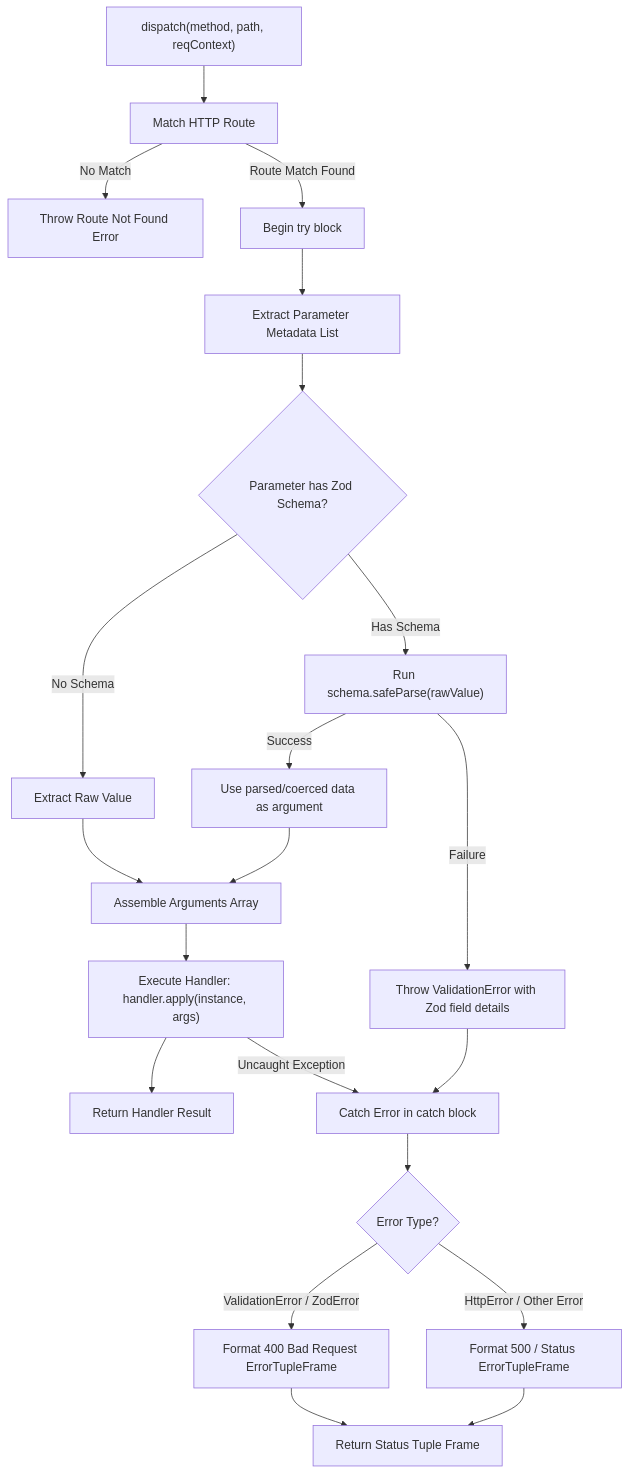
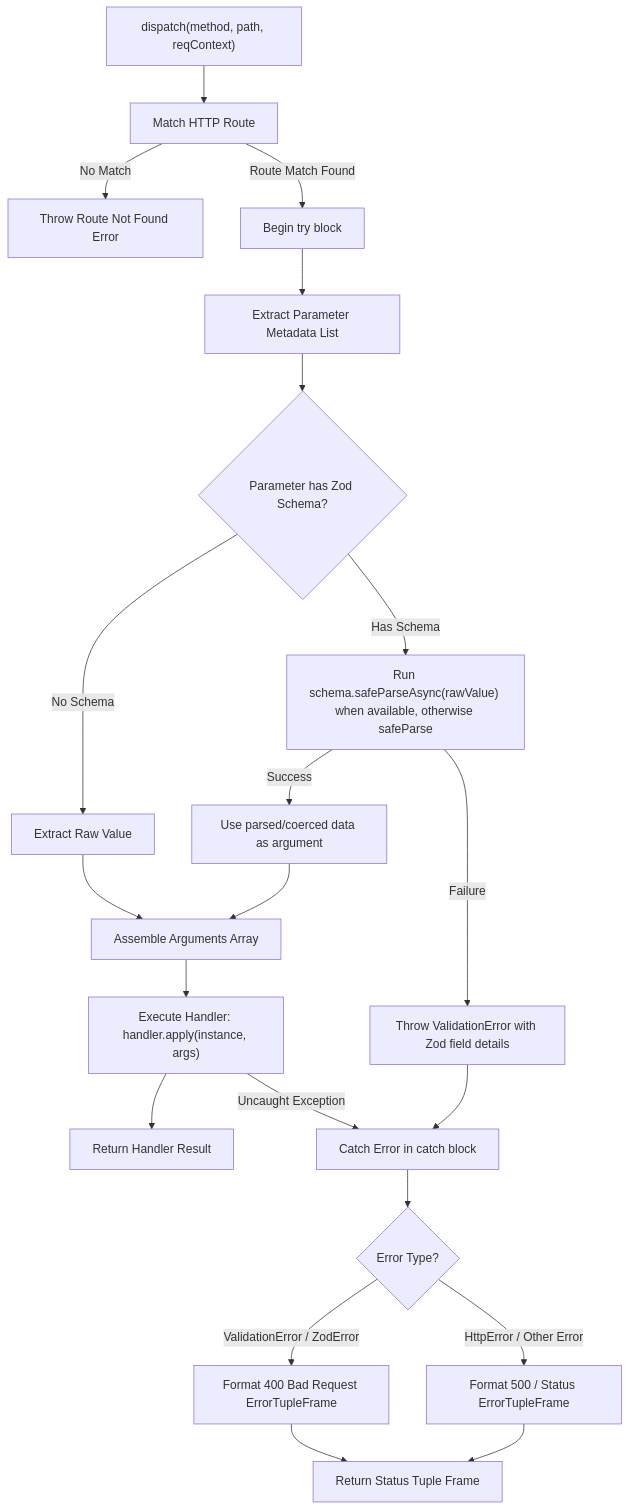
Before and after one commit to SujalChoudhari/bxios: the second of 4 diagrams in packages/server/docs/issue-8-design.md, drawn with Mermaid. The commit also changed other lines of this file and 2 other files, not shown here.

Commit message:
fix(server): support async zod validation

````diff
--- a/packages/server/docs/issue-8-design.md
+++ b/packages/server/docs/issue-8-design.md
@@ -53,23 +53,23 @@
 ```mermaid
 flowchart TD
     A["dispatch(method, path, reqContext)"] --> B["Match HTTP Route"]
     B -->|No Match| C["Throw Route Not Found Error"]
     B -->|Route Match Found| D["Begin try block"]
     D --> E["Extract Parameter Metadata List"]
     E --> F{"Parameter has Zod Schema?"}
     F -->|No Schema| G["Extract Raw Value"]
-    F -->|Has Schema| H["Run schema.safeParse(rawValue)"]
+    F -->|Has Schema| H["Run schema.safeParseAsync(rawValue) when available, otherwise safeParse"]
     H -->|Success| I["Use parsed/coerced data as argument"]
     H -->|Failure| J["Throw ValidationError with Zod field details"]
     G --> K["Assemble Arguments Array"]
     I --> K
     K --> L["Execute Handler: handler.apply(instance, args)"]
     L --> M["Return Handler Result"]
     J --> N["Catch Error in catch block"]
     L -->|Uncaught Exception| N
     N --> O{"Error Type?"}
     O -->|ValidationError / ZodError| P["Format 400 Bad Request ErrorTupleFrame"]
     O -->|HttpError / Other Error| Q["Format 500 / Status ErrorTupleFrame"]
     P --> R["Return Status Tuple Frame"]
     Q --> R
 ```
````
